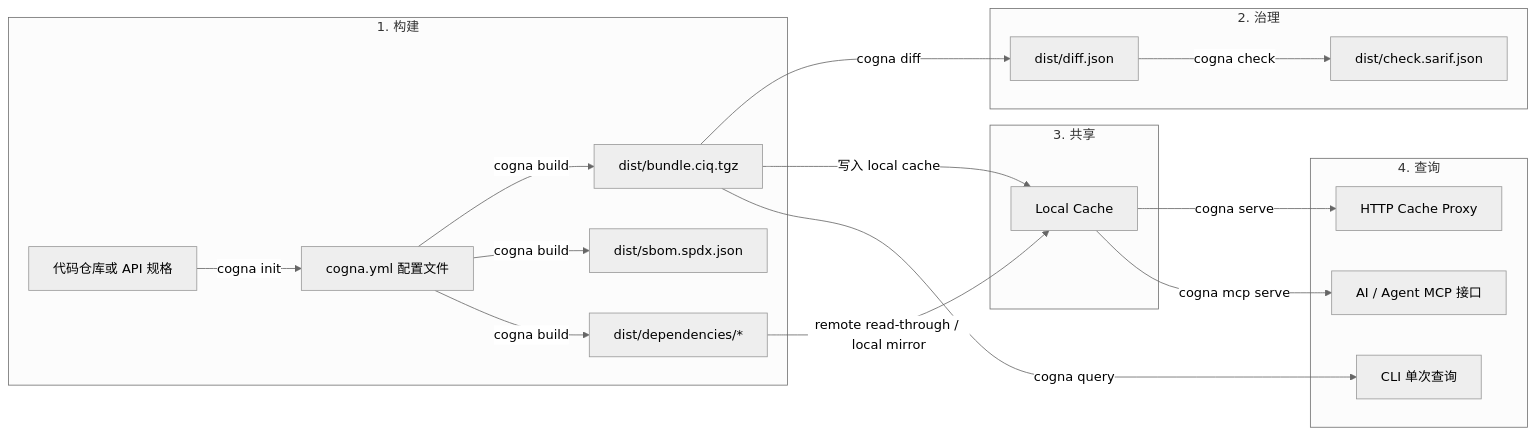
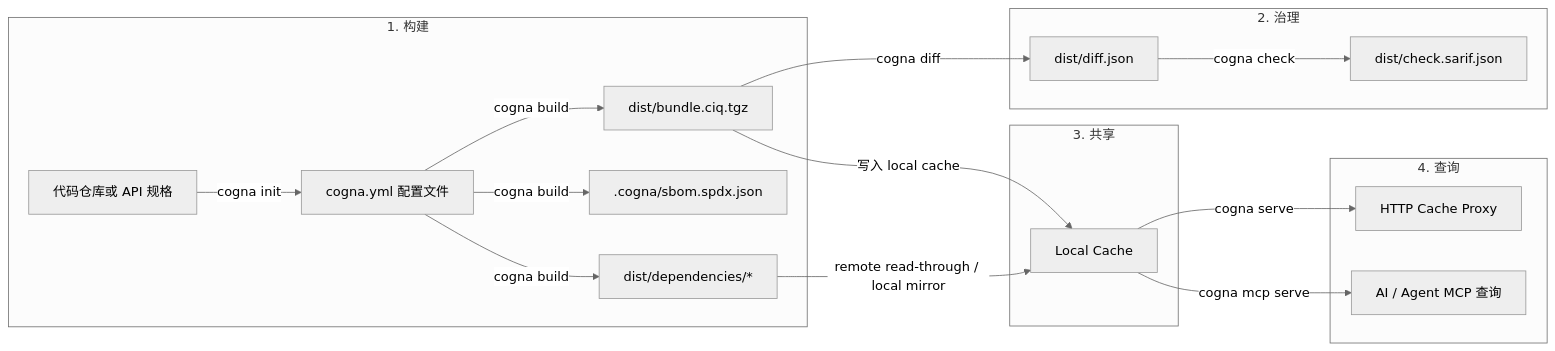
One commit to cogna-dev/cogna changed the diagram in docs/src/content/docs/runtime-model.mdx. Above: the diagram before and after it, drawn with Mermaid (neutral theme). The commit also changed other lines of this file and 175 other files, not shown here.

````diff
--- a/docs/src/content/docs/runtime-model.mdx
+++ b/docs/src/content/docs/runtime-model.mdx
@@ -15,25 +15,24 @@
 ```mermaid
 flowchart LR
     subgraph BUILD["1. 构建"]
         A["代码仓库或 API 规格"] -->|"cogna init"| B["cogna.yml 配置文件"]
         B -->|"cogna build"| C["dist/bundle.ciq.tgz"]
-        B -->|"cogna build"| C2["dist/sbom.spdx.json"]
+        B -->|"cogna build"| C2[".cogna/sbom.spdx.json"]
         B -->|"cogna build"| C3["dist/dependencies/*"]
     end
 
     subgraph GOVERN["2. 治理"]
         C -->|"cogna diff"| D["dist/diff.json"]
         D -->|"cogna check"| E["dist/check.sarif.json"]
     end
 
     subgraph SHARE["3. 共享"]
         C -->|"写入 local cache"| F["Local Cache"]
         C3 -->|"remote read-through / local mirror"| F
     end
 
     subgraph QUERY["4. 查询"]
         F -->|"cogna serve"| G["HTTP Cache Proxy"]
-        C -->|"cogna query"| H["CLI 单次查询"]
-        F -->|"cogna mcp serve"| I["AI / Agent MCP 接口"]
+        F -->|"cogna mcp serve"| H["AI / Agent MCP 查询"]
     end
 ```
````
